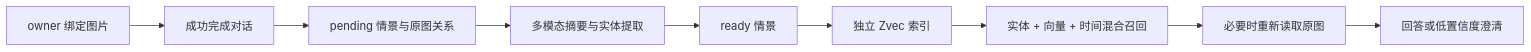
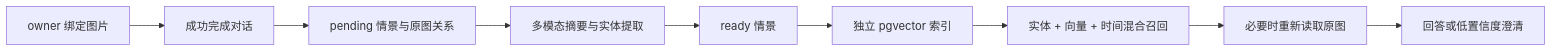
One commit to yiting001/agent changed the first of 2 diagrams in docs/modules/agent-memory-roadmap.md. Above: the diagram before and after it, drawn with Mermaid. The commit also changed other lines of this file and 97 other files, not shown here.

````diff
--- a/docs/modules/agent-memory-roadmap.md
+++ b/docs/modules/agent-memory-roadmap.md
@@ -9,11 +9,11 @@
 ```mermaid
 flowchart LR
   Upload[owner 绑定图片] --> Chat[成功完成对话]
   Chat --> Pending[pending 情景与原图关系]
   Pending --> Extract[多模态摘要与实体提取]
   Extract --> Ready[ready 情景]
-  Ready --> Index[独立 Zvec 索引]
+  Ready --> Index[独立 pgvector 索引]
   Index --> Recall[实体 + 向量 + 时间混合召回]
   Recall --> Evidence[必要时重新读取原图]
   Evidence --> Answer[回答或低置信度澄清]
 ```
````
